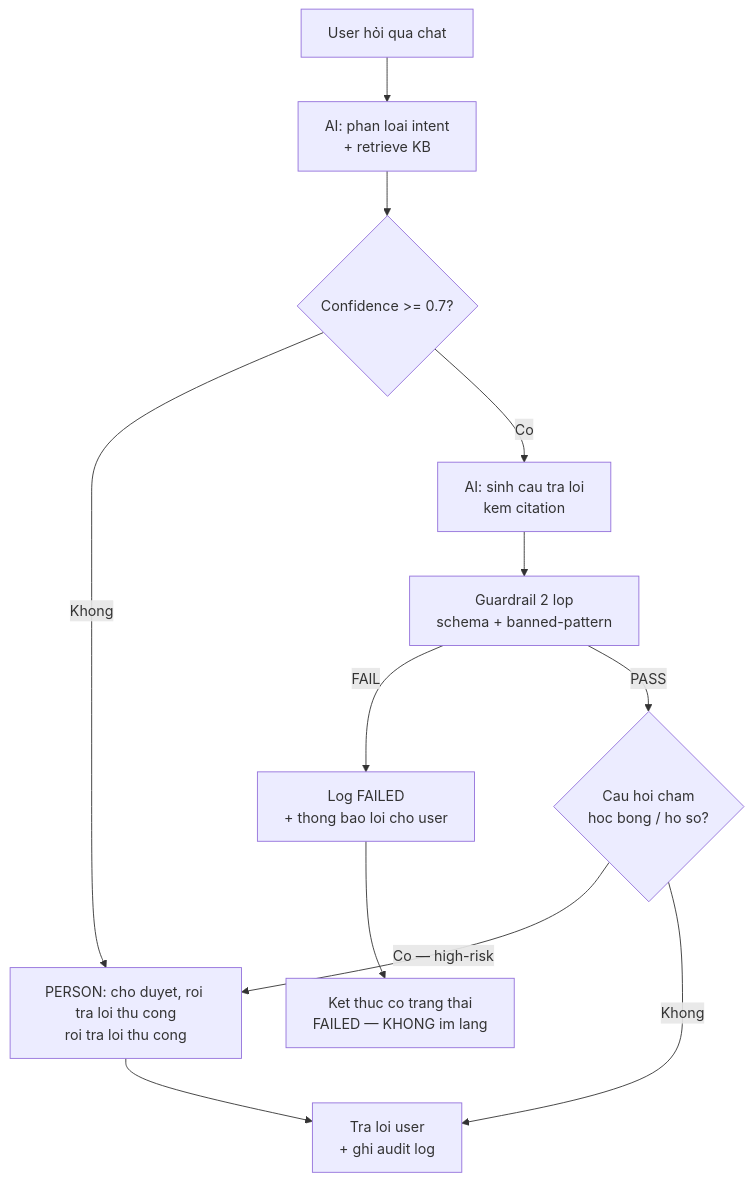
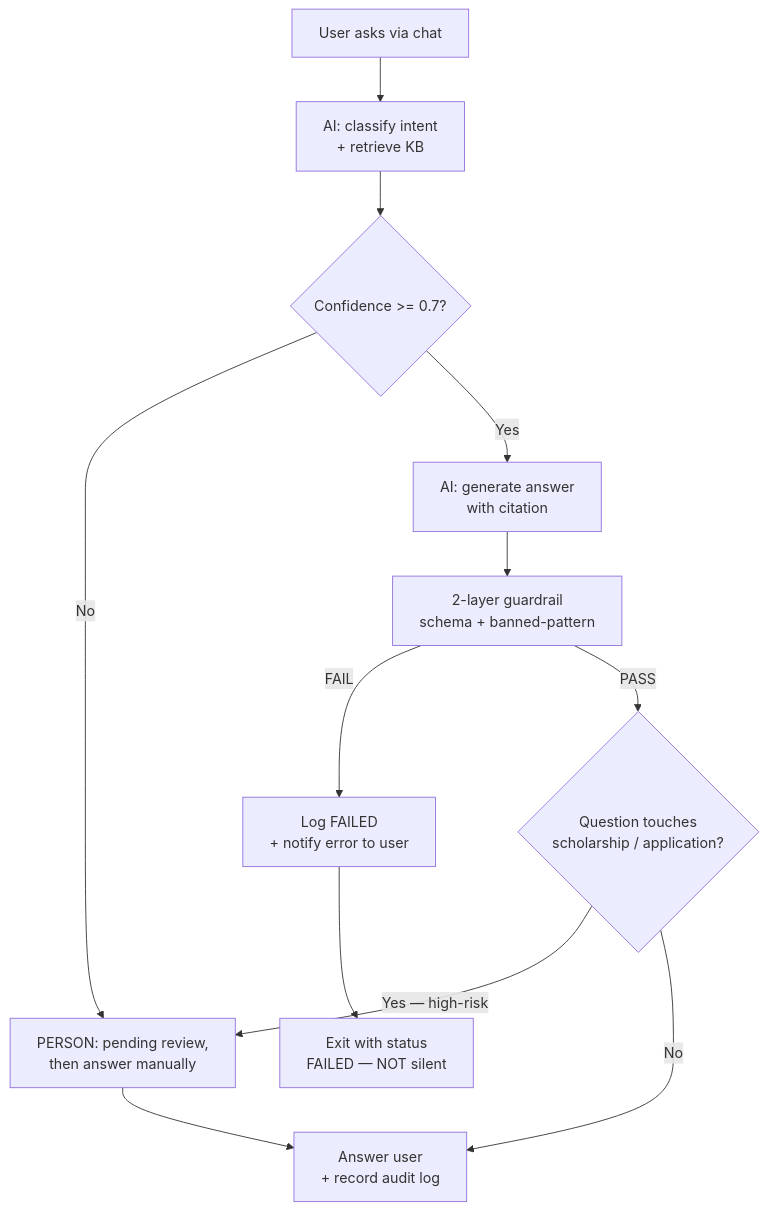
The first of 3 diagrams in knowledge-base/technical-book/chapter-07.md (Dokhacgiakhoa/Project-Builder-4-Agents), drawn with Mermaid before and after one commit. The commit also changed other lines of this file and 62 other files, not shown here.

````diff
--- a/knowledge-base/technical-book/chapter-07.md
+++ b/knowledge-base/technical-book/chapter-07.md
@@ -133,14 +133,14 @@
 ```mermaid
 flowchart TD
-    A["User hỏi qua chat"] --> B["AI: phan loai intent\n+ retrieve KB"]
+    A["User asks via chat"] --> B["AI: classify intent\n+ retrieve KB"]
     B --> C{"Confidence >= 0.7?"}
-    C -- "Khong" --> H["PERSON: cho duyet, roi tra loi thu cong\nroi tra loi thu cong"]
-    C -- "Co" --> D["AI: sinh cau tra loi\nkem citation"]
-    D --> E["Guardrail 2 lop\nschema + banned-pattern"]
-    E -- "FAIL" --> F["Log FAILED\n+ thong bao loi cho user"]
-    E -- "PASS" --> G{"Cau hoi cham\nhoc bong / ho so?"}
-    G -- "Co — high-risk" --> H
-    G -- "Khong" --> I["Tra loi user\n+ ghi audit log"]
+    C -- "No" --> H["PERSON: pending review,\nthen answer manually"]
+    C -- "Yes" --> D["AI: generate answer\nwith citation"]
+    D --> E["2-layer guardrail\nschema + banned-pattern"]
+    E -- "FAIL" --> F["Log FAILED\n+ notify error to user"]
+    E -- "PASS" --> G{"Question touches\nscholarship / application?"}
+    G -- "Yes — high-risk" --> H
+    G -- "No" --> I["Answer user\n+ record audit log"]
     H --> I
-    F --> J["Ket thuc co trang thai\nFAILED — KHONG im lang"]
+    F --> J["Exit with status\nFAILED — NOT silent"]
 ```
````
